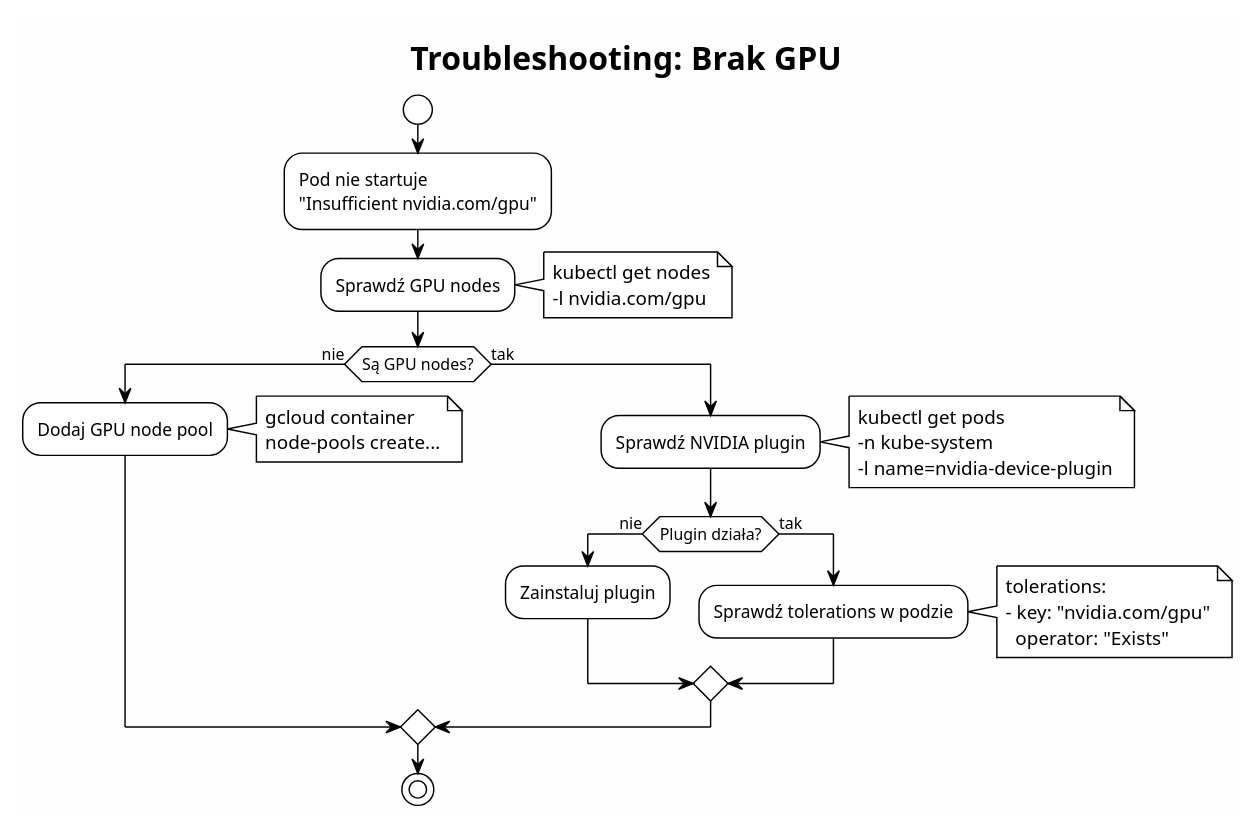
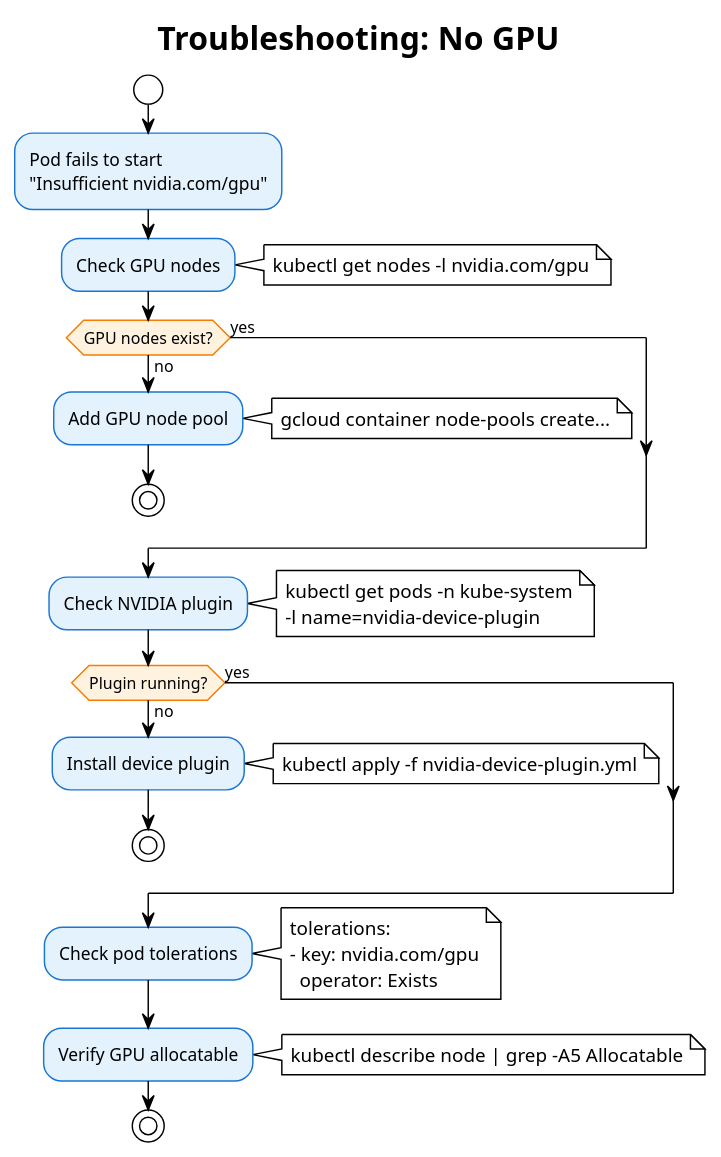
One commit to Maciek-roboblog/t changed the diagram in new/infra-simple/docs/diagrams/troubleshoot-gpu.puml. Above: the diagram before and after it, drawn with PlantUML. The commit also changed 29 other files, not shown here.

```diff
--- a/new/infra-simple/docs/diagrams/troubleshoot-gpu.puml
+++ b/new/infra-simple/docs/diagrams/troubleshoot-gpu.puml
@@ -1,44 +1,54 @@
 @startuml troubleshoot-gpu
 !theme plain
-skinparam backgroundColor #FEFEFE
+skinparam backgroundColor white
+skinparam defaultFontName Helvetica
+skinparam shadowing false
 
-title Troubleshooting: Brak GPU
+skinparam activity {
+    BackgroundColor #E3F2FD
+    BorderColor #1976D2
+    DiamondBackgroundColor #FFF3E0
+    DiamondBorderColor #F57C00
+}
+
+title Troubleshooting: No GPU
 
 start
-:Pod nie startuje\n"Insufficient nvidia.com/gpu";
+:Pod fails to start\n"Insufficient nvidia.com/gpu";
 
-:Sprawdź GPU nodes;
+:Check GPU nodes;
+note right: kubectl get nodes -l nvidia.com/gpu
+
+if (GPU nodes exist?) then (no)
+    :Add GPU node pool;
+    note right: gcloud container node-pools create...
+    stop
+else (yes)
+endif
+
+:Check NVIDIA plugin;
 note right
-  kubectl get nodes
-  -l nvidia.com/gpu
+  kubectl get pods -n kube-system
+  -l name=nvidia-device-plugin
 end note
 
-if (Są GPU nodes?) then (nie)
-  :Dodaj GPU node pool;
-  note right
-    gcloud container
-    node-pools create...
-  end note
-else (tak)
-  :Sprawdź NVIDIA plugin;
-  note right
-    kubectl get pods
-    -n kube-system
-    -l name=nvidia-device-plugin
-  end note
+if (Plugin running?) then (no)
+    :Install device plugin;
+    note right: kubectl apply -f nvidia-device-plugin.yml
+    stop
+else (yes)
+endif
 
-  if (Plugin działa?) then (nie)
-    :Zainstaluj plugin;
-  else (tak)
-    :Sprawdź tolerations w podzie;
-    note right
-      tolerations:
-      - key: "nvidia.com/gpu"
-        operator: "Exists"
-    end note
-  endif
-endif
+:Check pod tolerations;
+note right
+  tolerations:
+  - key: nvidia.com/gpu
+    operator: Exists
+end note
+
+:Verify GPU allocatable;
+note right: kubectl describe node | grep -A5 Allocatable
 
 stop
 
 @enduml
```
